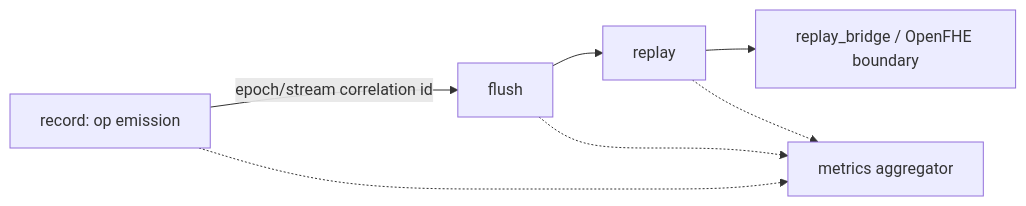
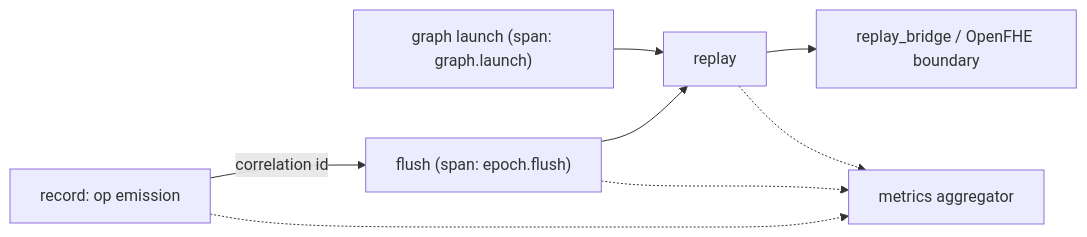
The diagram in docs/observability/README.md (blitzy-public-samples/niobium-haze), drawn with Mermaid before and after one commit. The commit also changed other lines of this file and 48 other files, not shown here.

First line of the commit message:
Resolve NOT-APPROVED code review: 30 findings across graph capture, peer access, metrics, benchmarks, tests, docs & rules

````diff
--- a/docs/observability/README.md
+++ b/docs/observability/README.md
@@ -45,9 +56,10 @@
 ```mermaid
 graph LR
-    A[record: op emission] -->|epoch/stream correlation id| B[flush]
+    A[record: op emission] -->|correlation id| B["flush (span: epoch.flush)"]
     B --> C[replay]
     C --> D[replay_bridge / OpenFHE boundary]
+    E["graph launch (span: graph.launch)"] --> C
     A -.-> M[metrics aggregator]
     B -.-> M
     C -.-> M
 ```
````
